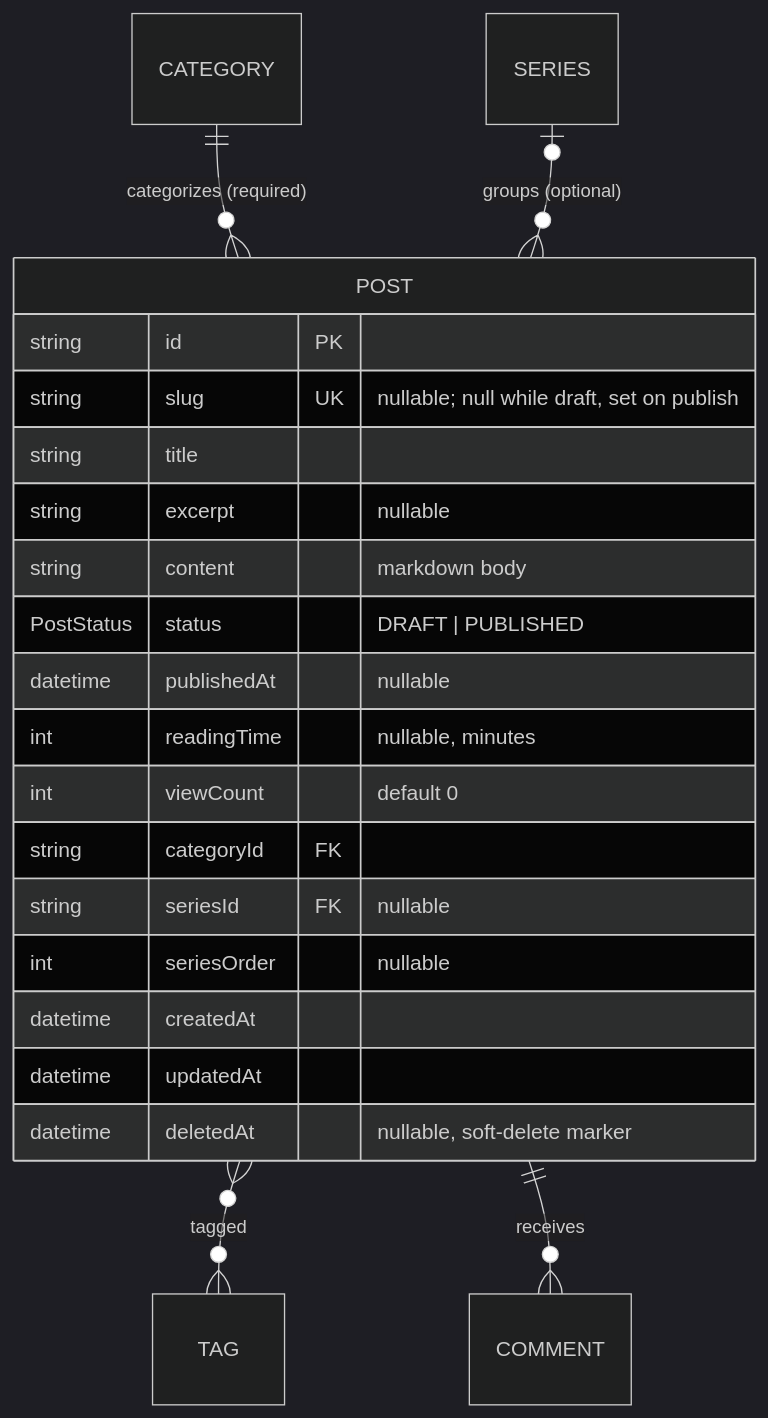
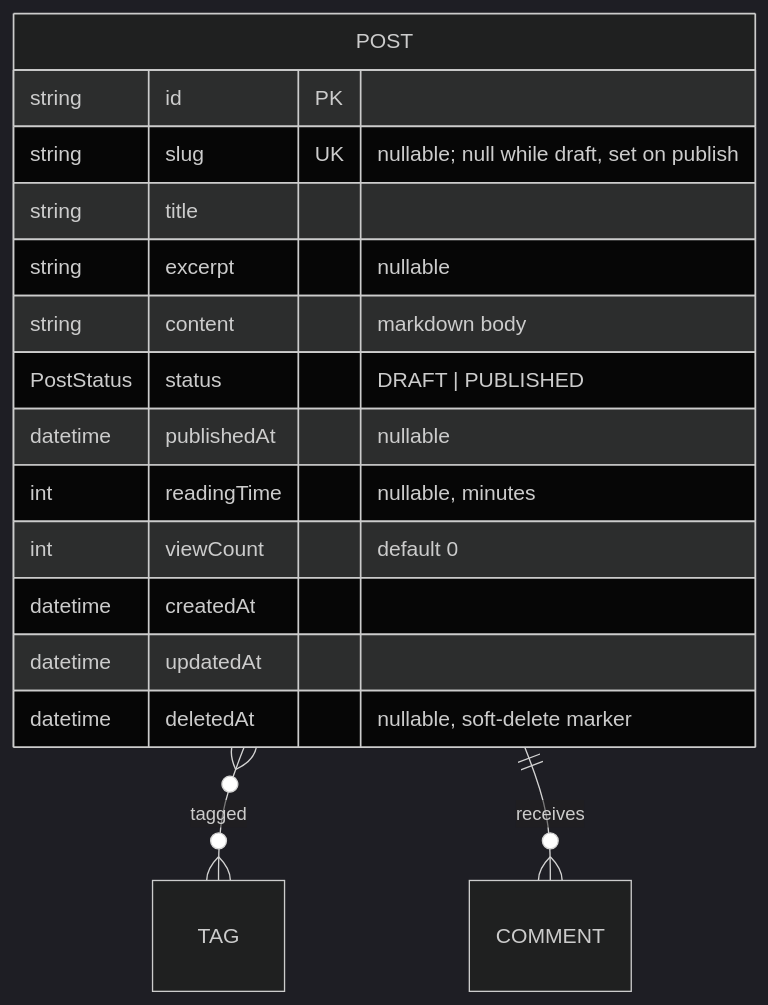
Before and after one commit to MASKUN2/inhology: the diagram in design/domain/post.md, drawn with Mermaid (dark theme). The commit also changed other lines of this file and 76 other files, not shown here.

````diff
--- a/design/domain/post.md
+++ b/design/domain/post.md
@@ -6,25 +6,20 @@
 ```mermaid
 erDiagram
-    CATEGORY ||--o{ POST : "categorizes (required)"
-    SERIES   |o--o{ POST : "groups (optional)"
     POST     }o--o{ TAG : "tagged"
     POST     ||--o{ COMMENT : "receives"
 
     POST {
         string     id PK
         string     slug UK "nullable; null while draft, set on publish"
         string     title
         string     excerpt "nullable"
         string     content "markdown body"
         PostStatus status "DRAFT | PUBLISHED"
         datetime   publishedAt "nullable"
         int        readingTime "nullable, minutes"
         int        viewCount "default 0"
-        string     categoryId FK
-        string     seriesId FK "nullable"
-        int        seriesOrder "nullable"
         datetime   createdAt
         datetime   updatedAt
         datetime   deletedAt "nullable, soft-delete marker"
     }
 ```
````
